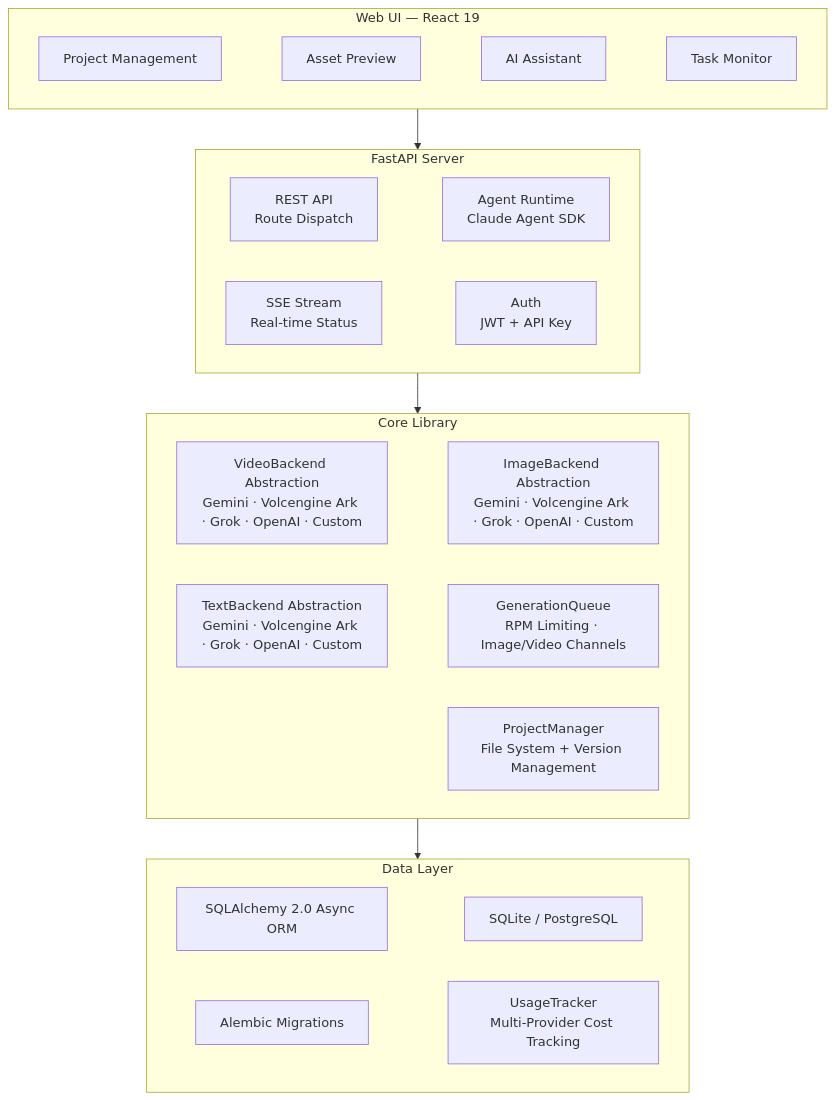
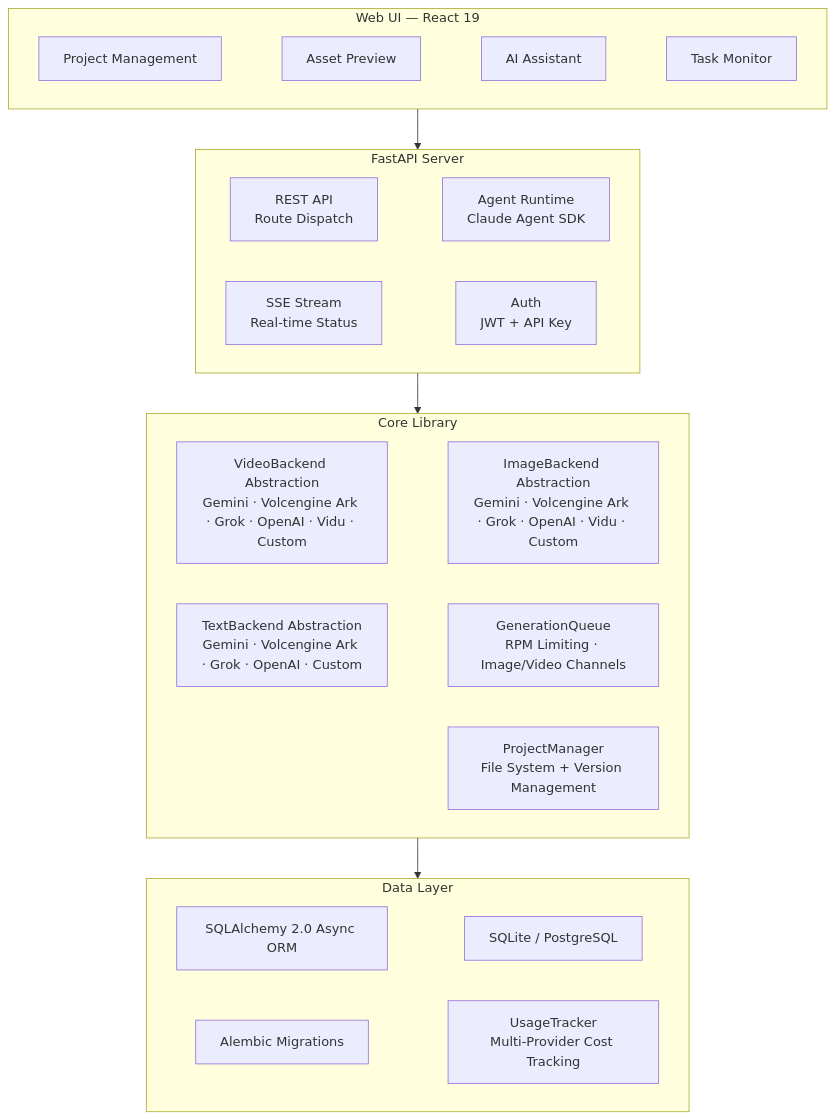
The third of 3 diagrams in README.en.md (ArcReel/ArcReel), drawn with Mermaid before and after one commit. The commit also changed other lines of this file and 4 other files, not shown here.

````diff
--- a/README.en.md
+++ b/README.en.md
@@ -219,24 +223,24 @@
 ```mermaid
 flowchart TB
     subgraph UI["Web UI — React 19"]
         U1["Project Management"] ~~~ U2["Asset Preview"] ~~~ U3["AI Assistant"] ~~~ U4["Task Monitor"]
     end
 
     subgraph Server["FastAPI Server"]
         S1["REST API<br/>Route Dispatch"] ~~~ S2["Agent Runtime<br/>Claude Agent SDK"]
         S3["SSE Stream<br/>Real-time Status"] ~~~ S4["Auth<br/>JWT + API Key"]
     end
 
     subgraph Core["Core Library"]
-        C1["VideoBackend Abstraction<br/>Gemini · Volcengine Ark · Grok · OpenAI · Custom"] ~~~ C2["ImageBackend Abstraction<br/>Gemini · Volcengine Ark · Grok · OpenAI · Custom"]
+        C1["VideoBackend Abstraction<br/>Gemini · Volcengine Ark · Grok · OpenAI · Vidu · Custom"] ~~~ C2["ImageBackend Abstraction<br/>Gemini · Volcengine Ark · Grok · OpenAI · Vidu · Custom"]
         C5["TextBackend Abstraction<br/>Gemini · Volcengine Ark · Grok · OpenAI · Custom"] ~~~ C3["GenerationQueue<br/>RPM Limiting · Image/Video Channels"]
         C4["ProjectManager<br/>File System + Version Management"]
     end
 
     subgraph Data["Data Layer"]
         D1["SQLAlchemy 2.0 Async ORM"] ~~~ D2["SQLite / PostgreSQL"]
         D3["Alembic Migrations"] ~~~ D4["UsageTracker<br/>Multi-Provider Cost Tracking"]
     end
 
     UI --> Server --> Core --> Data
 ```
````
